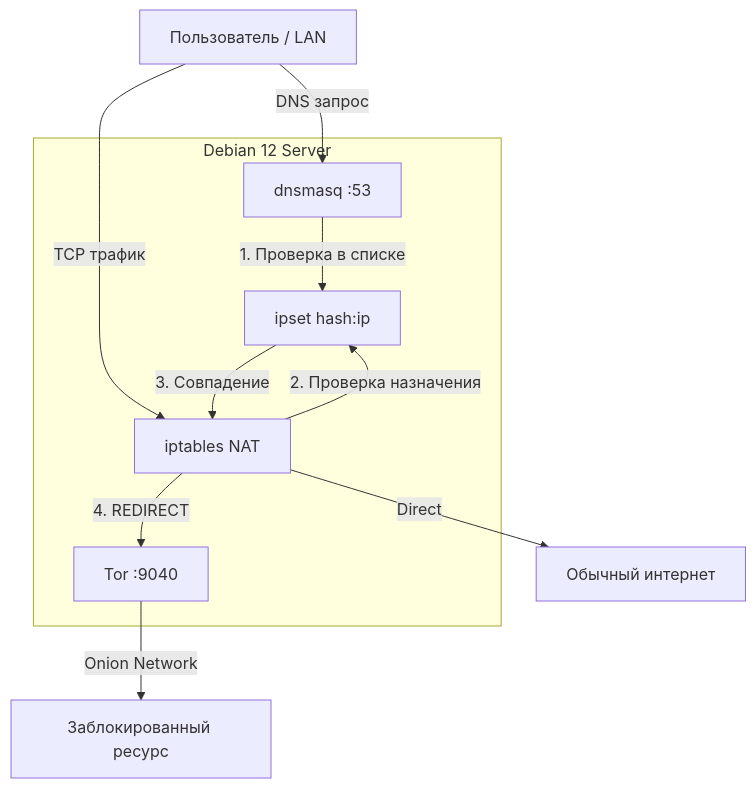
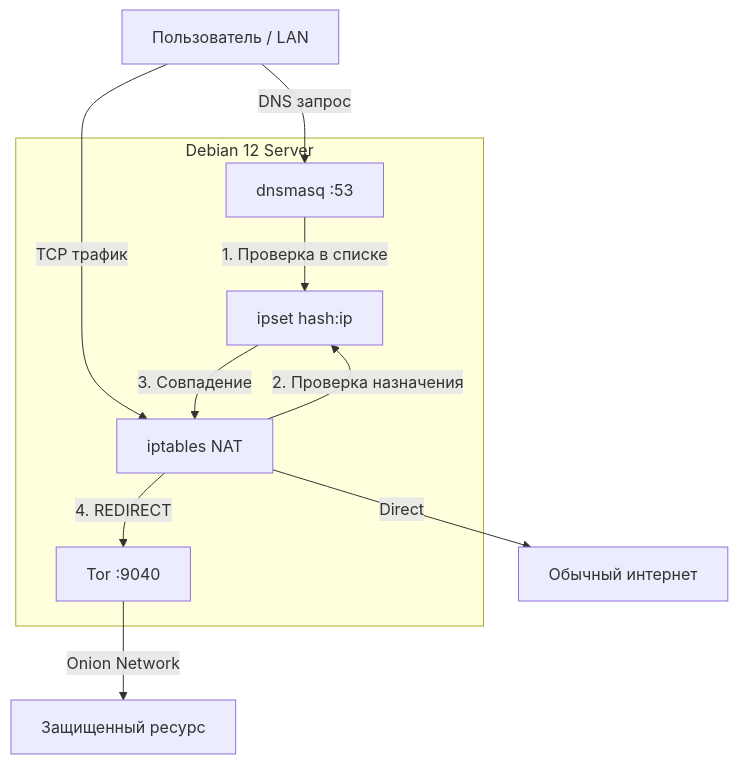
Before and after one commit to grashooper/rublock-tor-debian12: the diagram in README.md, drawn with Mermaid. The commit also changed other lines of this file, not shown here.

````diff
--- a/README.md
+++ b/README.md
@@ -50,20 +50,20 @@
 ```mermaid
 graph TD
     User[Пользователь / LAN] -->|DNS запрос| Dnsmasq
     User -->|TCP трафик| IPTables
-    
+
     subgraph "Debian 12 Server"
         Dnsmasq[dnsmasq :53]
         Ipset[ipset hash:ip]
         IPTables[iptables NAT]
         Tor[Tor :9040]
-        
+
         Dnsmasq -- "1. Проверка в списке" --> Ipset
         IPTables -- "2. Проверка назначения" --> Ipset
         Ipset -- "3. Совпадение" --> IPTables
         IPTables -- "4. REDIRECT" --> Tor
     end
-    
-    Tor -->|Onion Network| Blocked[Заблокированный ресурс]
+
+    Tor -->|Onion Network| Private[Защищенный ресурс]
     IPTables -->|Direct| Internet[Обычный интернет]
 ```
````
